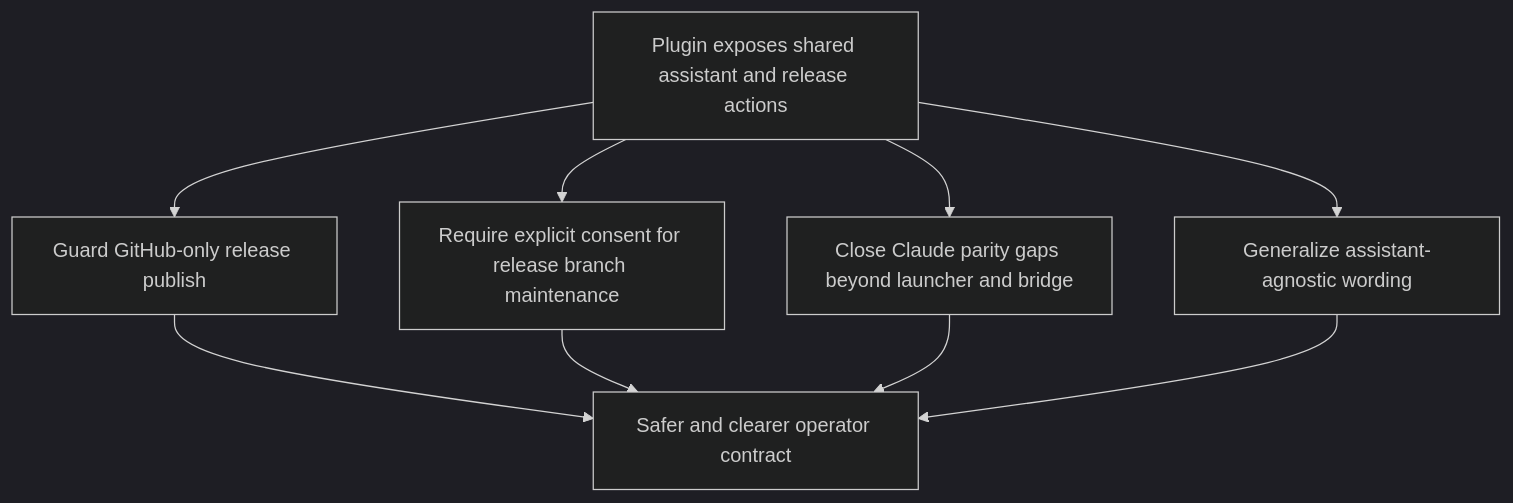
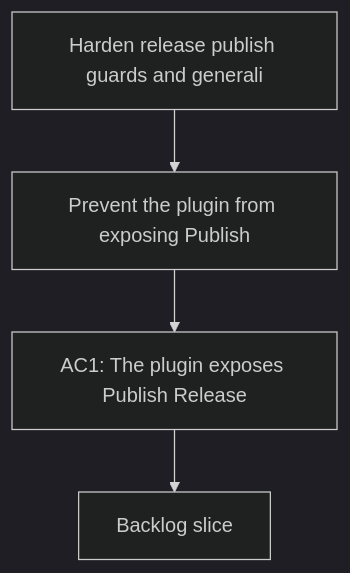
The diagram in logics/request/req_122_harden_release_publish_guards_and_generalize_codex_specific_plugin_surfaces_for_claude_parity.md (AlexAgo83/logics-manager), drawn with Mermaid (dark theme) before and after one commit. The commit also changed other lines of this file and 481 other files, not shown here.

````diff
--- a/logics/request/req_122_harden_release_publish_guards_and_generalize_codex_specific_plugin_surfaces_for_claude_parity.md
+++ b/logics/request/req_122_harden_release_publish_guards_and_generalize_codex_specific_plugin_surfaces_for_claude_parity.md
@@ -54,13 +54,8 @@
 ```mermaid
 %% logics-kind: request
 %% logics-signature: request|harden-release-publish-guards-and-genera|prevent-the-plugin-from-exposing-publish|ac1-the-plugin-exposes-publish-release
 flowchart TD
-    Trigger[Plugin exposes shared assistant and release actions] --> GuardA[Guard GitHub-only release publish]
-    Trigger --> GuardB[Require explicit consent for release branch maintenance]
-    Trigger --> Parity[Close Claude parity gaps beyond launcher and bridge]
-    Trigger --> Wording[Generalize assistant-agnostic wording]
-    GuardA --> Outcome[Safer and clearer operator contract]
-    GuardB --> Outcome
-    Parity --> Outcome
-    Wording --> Outcome
+    Trigger[Harden release publish guards and generali] --> Need[Prevent the plugin from exposing Publish]
+    Need --> Outcome[AC1: The plugin exposes Publish Release]
+    Outcome --> Backlog[Backlog slice]
 ```
````
